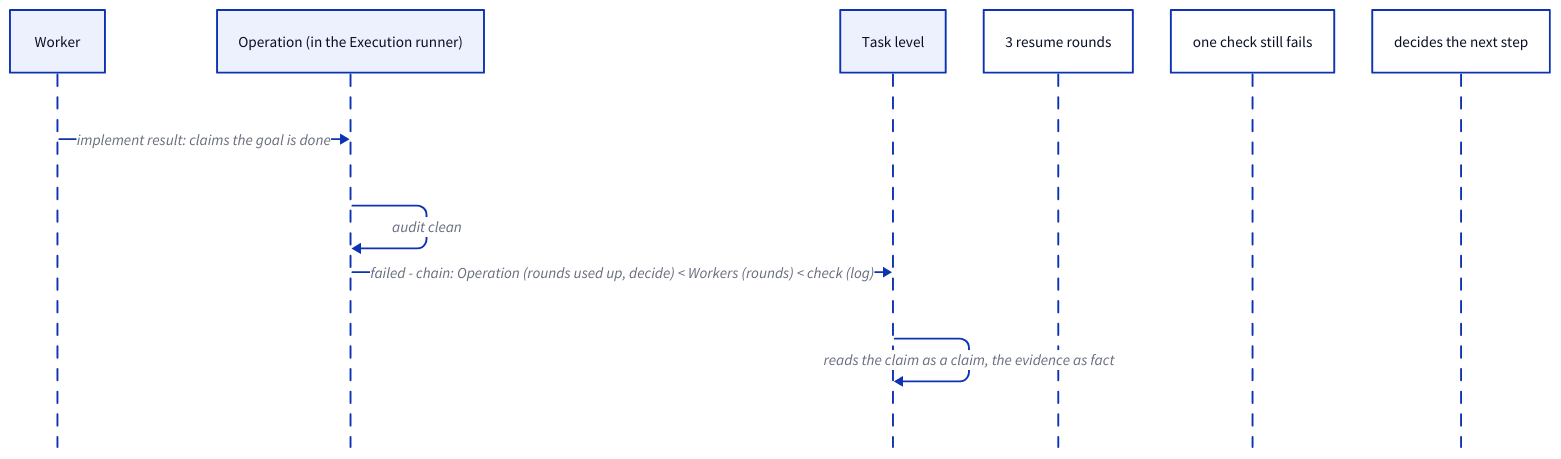
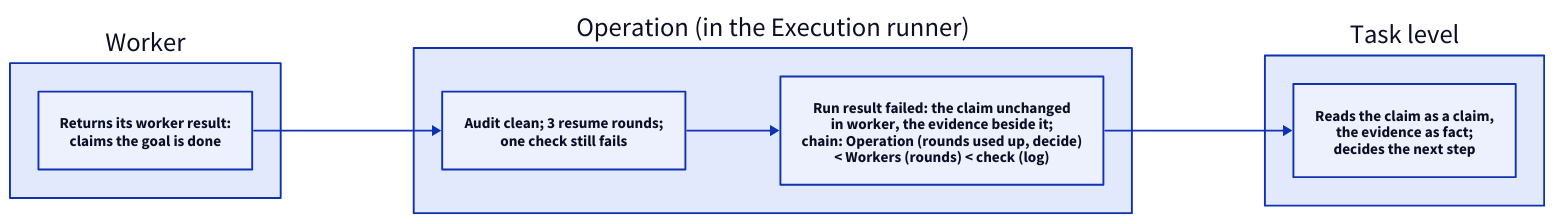
One commit to FTOD/concorde changed the second of 3 diagrams in specs/concorde/execution/operations/module.md. Above: the diagram before and after it, drawn with D2. The commit also changed other lines of this file, not shown here.

````diff
--- a/specs/concorde/execution/operations/module.md
+++ b/specs/concorde/execution/operations/module.md
@@ -86,10 +114,17 @@
 ```d2 illustrative
-shape: sequence_diagram
-worker: Worker
-op: Operation (in the Execution runner)
-caller: Task level
-worker -> op: implement result: claims the goal is done
-op -> op: audit clean; 3 resume rounds; one check still fails
-op -> caller: failed - chain: Operation (rounds used up, decide) < Workers (rounds) < check (log)
-caller -> caller: reads the claim as a claim, the evidence as fact; decides the next step
+direction: right
+worker: Worker {
+  claim: "Returns its worker result:\nclaims the goal is done"
+}
+op: "Operation (in the Execution runner)" {
+  direction: down
+  measure: "Audit clean; 3 resume rounds;\none check still fails"
+  result: "Run result failed: the claim unchanged\nin worker, the evidence beside it;\nchain: Operation (rounds used up, decide)\n< Workers (rounds) < check (log)"
+  measure -> result
+}
+caller: "Task level" {
+  decide: "Reads the claim as a claim,\nthe evidence as fact;\ndecides the next step"
+}
+worker.claim -> op.measure
+op.result -> caller.decide
 ```
````
